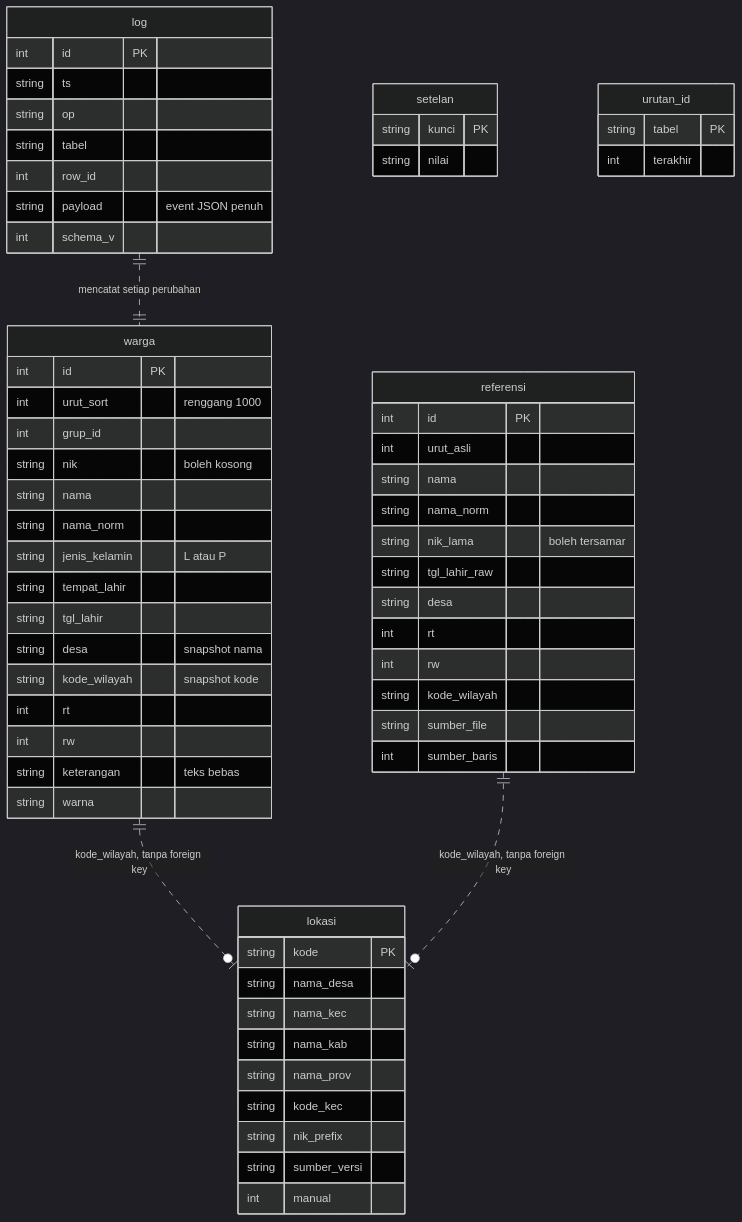
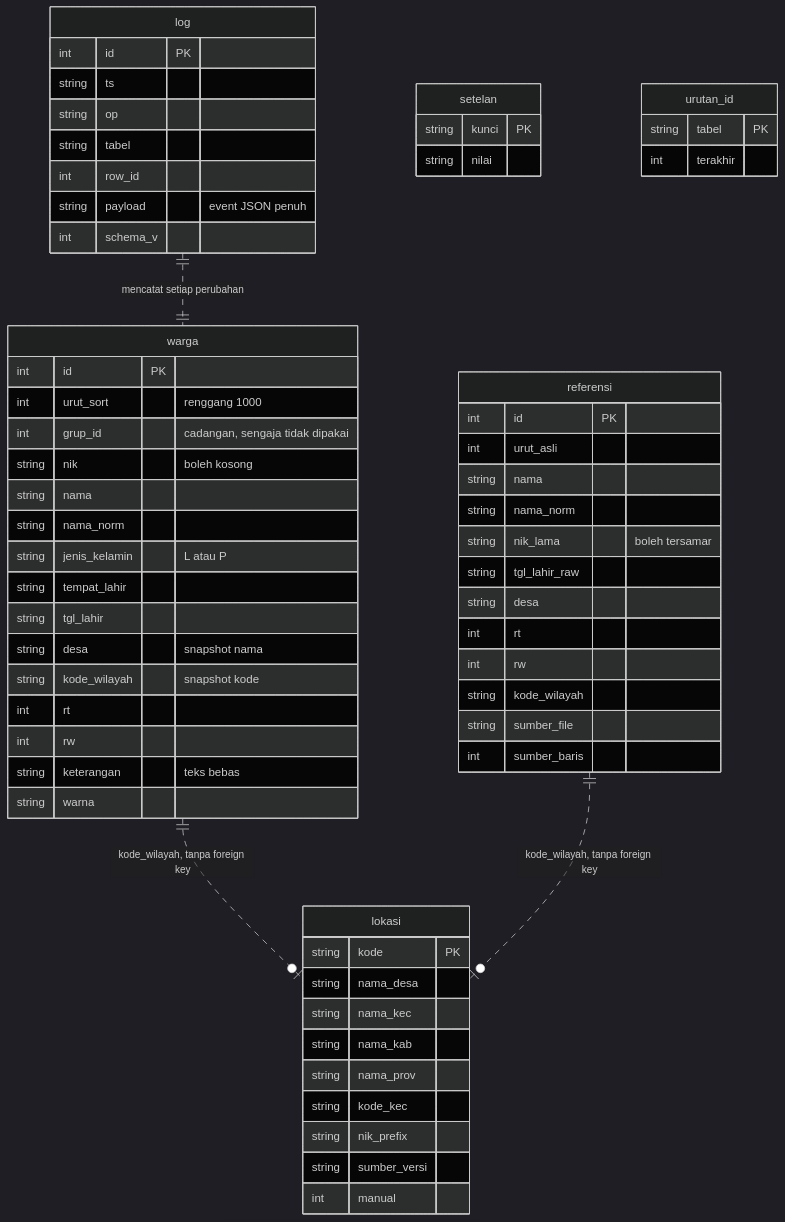
The fourth of 5 diagrams in README.md (froyoandroid/pantarlih-app), drawn with Mermaid (dark theme) before and after one commit. The commit also changed other lines of this file and 1 other file, not shown here.

````diff
--- a/README.md
+++ b/README.md
@@ -196,66 +196,66 @@
 ```mermaid
 erDiagram
     warga {
         int id PK
         int urut_sort "renggang 1000"
-        int grup_id
+        int grup_id "cadangan, sengaja tidak dipakai"
         string nik "boleh kosong"
         string nama
         string nama_norm
         string jenis_kelamin "L atau P"
         string tempat_lahir
         string tgl_lahir
         string desa "snapshot nama"
         string kode_wilayah "snapshot kode"
         int rt
         int rw
         string keterangan "teks bebas"
         string warna
     }
     referensi {
         int id PK
         int urut_asli
         string nama
         string nama_norm
         string nik_lama "boleh tersamar"
         string tgl_lahir_raw
         string desa
         int rt
         int rw
         string kode_wilayah
         string sumber_file
         int sumber_baris
     }
     lokasi {
         string kode PK
         string nama_desa
         string nama_kec
         string nama_kab
         string nama_prov
         string kode_kec
         string nik_prefix
         string sumber_versi
         int manual
     }
     log {
         int id PK
         string ts
         string op
         string tabel
         int row_id
         string payload "event JSON penuh"
         int schema_v
     }
     setelan {
         string kunci PK
         string nilai
     }
     urutan_id {
         string tabel PK
         int terakhir
     }
 
     warga ||..o| lokasi : "kode_wilayah, tanpa foreign key"
     referensi ||..o| lokasi : "kode_wilayah, tanpa foreign key"
     log ||..|| warga : "mencatat setiap perubahan"
 ```
````
